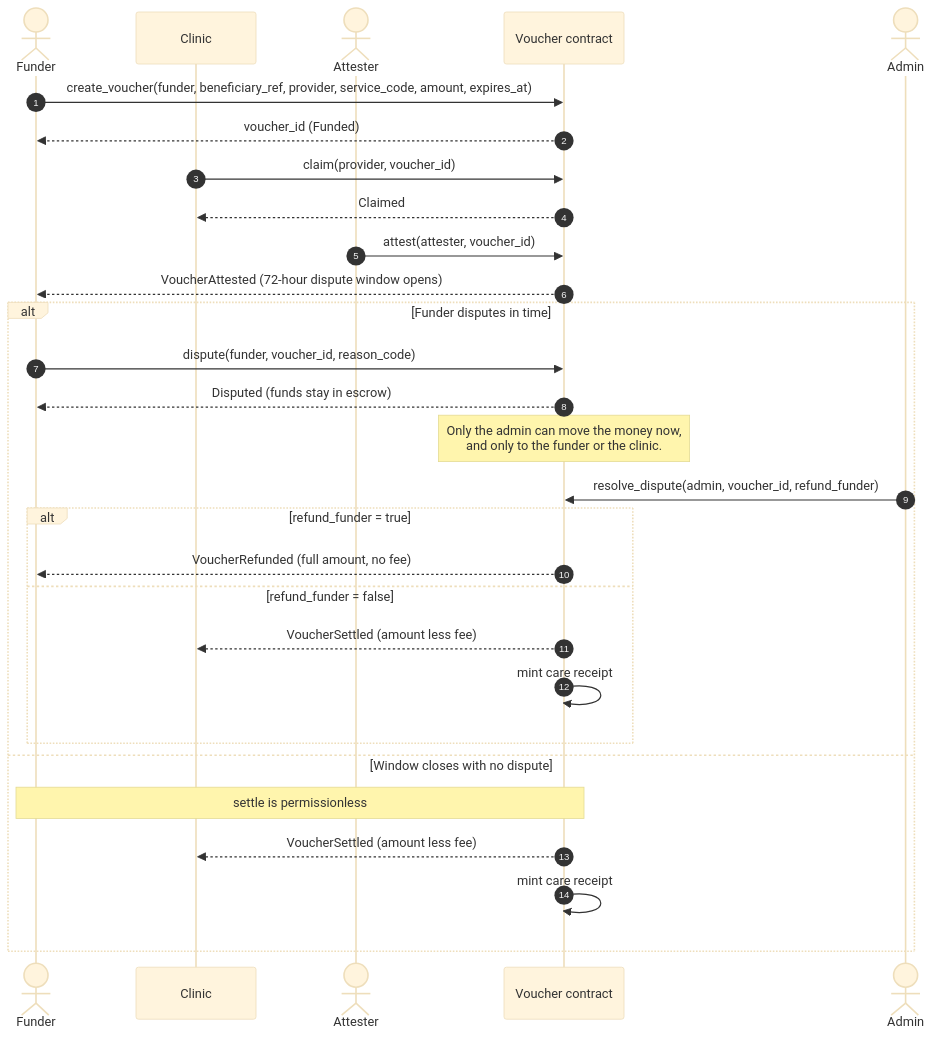
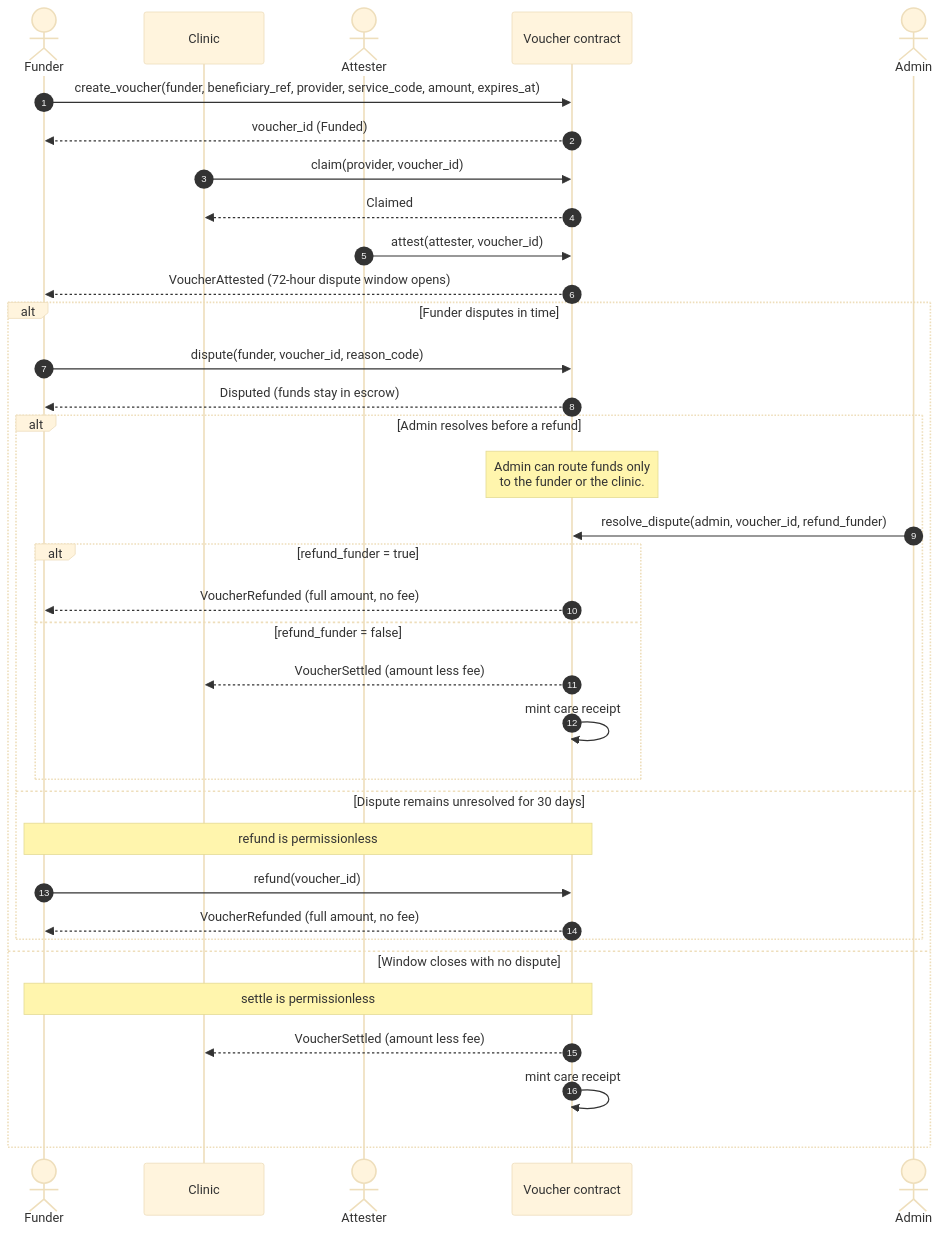
The diagram in docs/protocol/lifecycle.md (Godgift-care/sci-healthcare-contracts), drawn with Mermaid (base theme) before and after one commit. The commit also changed other lines of this file and 157 other files, not shown here.

First line of the commit message:
feat(voucher): refund stale disputes after deadline

````diff
--- a/docs/protocol/lifecycle.md
+++ b/docs/protocol/lifecycle.md
@@ -82,35 +83,41 @@
 ```mermaid
 sequenceDiagram
     autonumber
     actor Funder
     participant Clinic
     actor Attester
     participant Voucher as Voucher contract
     actor Admin
 
     Funder->>Voucher: create_voucher(funder, beneficiary_ref, provider, service_code, amount, expires_at)
     Voucher-->>Funder: voucher_id (Funded)
 
     Clinic->>Voucher: claim(provider, voucher_id)
     Voucher-->>Clinic: Claimed
 
     Attester->>Voucher: attest(attester, voucher_id)
     Voucher-->>Funder: VoucherAttested (72-hour dispute window opens)
 
     alt Funder disputes in time
         Funder->>Voucher: dispute(funder, voucher_id, reason_code)
         Voucher-->>Funder: Disputed (funds stay in escrow)
-        Note over Voucher: Only the admin can move the money now,<br/>and only to the funder or the clinic.
-        Admin->>Voucher: resolve_dispute(admin, voucher_id, refund_funder)
-        alt refund_funder = true
+        alt Admin resolves before a refund
+            Note over Voucher: Admin can route funds only<br/>to the funder or the clinic.
+            Admin->>Voucher: resolve_dispute(admin, voucher_id, refund_funder)
+            alt refund_funder = true
+                Voucher-->>Funder: VoucherRefunded (full amount, no fee)
+            else refund_funder = false
+                Voucher-->>Clinic: VoucherSettled (amount less fee)
+                Voucher->>Voucher: mint care receipt
+            end
+        else Dispute remains unresolved for 30 days
+            Note over Funder,Voucher: refund is permissionless
+            Funder->>Voucher: refund(voucher_id)
             Voucher-->>Funder: VoucherRefunded (full amount, no fee)
-        else refund_funder = false
-            Voucher-->>Clinic: VoucherSettled (amount less fee)
-            Voucher->>Voucher: mint care receipt
         end
     else Window closes with no dispute
         Note over Funder,Voucher: settle is permissionless
         Voucher-->>Clinic: VoucherSettled (amount less fee)
         Voucher->>Voucher: mint care receipt
     end
 ```
````
